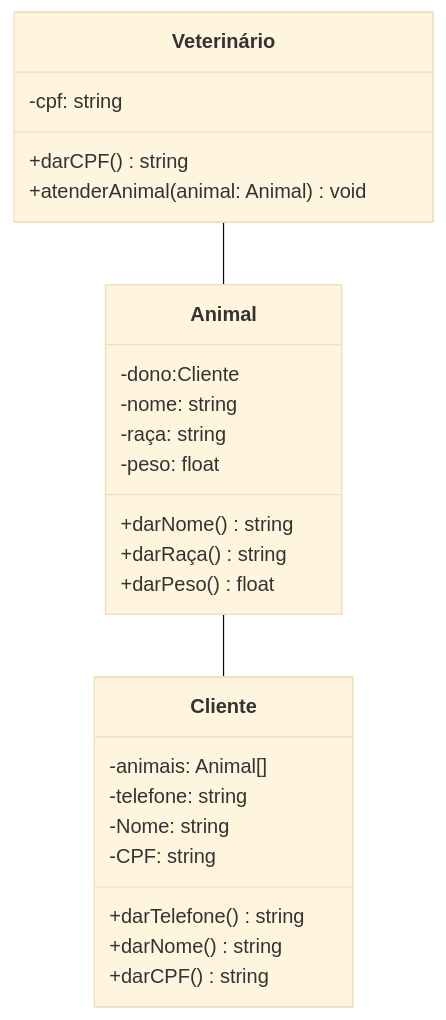
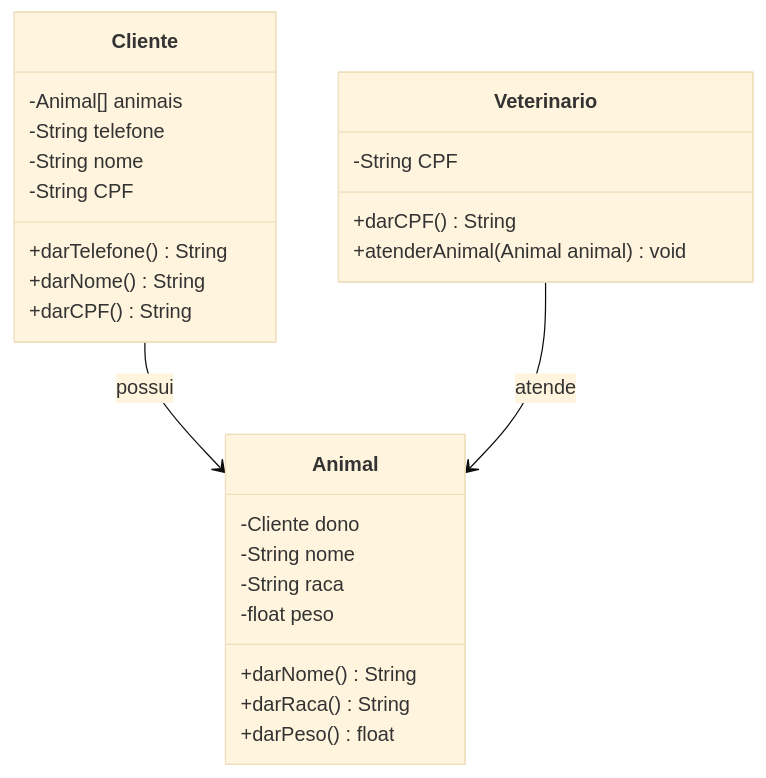
Before and after one commit to wolfigorwolf/clinica_veterinaria: the third of 3 diagrams in README.md, drawn with Mermaid (base theme).

````diff
--- a/README.md
+++ b/README.md
@@ -72,40 +72,32 @@
 ```mermaid
 classDiagram
-    class Veterinário{
-        %% atributos: caracterisiticas que serão
-        %% armazenados no sistema
-        -cpf: string
-        %% métodos: ações que serão desempenhadas
-        %% por essa entidade no sistema
-        +darCPF() string
-        +atenderAnimal(animal: Animal) void
+    class Veterinario {
+        -String CPF
+        +darCPF() String
+        +atenderAnimal(Animal animal) void
     }
 
-    Veterinário -- Animal
-    Animal -- Cliente
-    
-    class Animal{
-        -dono:Cliente
-        -nome: string
-        -raça: string
-        -peso: float
-
-        +darNome() string
-        +darRaça() string
+    class Animal {
+        -Cliente dono
+        -String nome
+        -String raca
+        -float peso
+        +darNome() String
+        +darRaca() String
         +darPeso() float
-
     }
 
-    class Cliente{
-        -animais: Animal[]
-        -telefone: string
-        -Nome: string
-        -CPF: string
+    class Cliente {
+        -Animal[] animais
+        -String telefone
+        -String nome
+        -String CPF
+        +darTelefone() String
+        +darNome() String
+        +darCPF() String
+    }
 
-        +darTelefone() string
-        +darNome() string
-        +darCPF()string
+    Cliente -->  Animal : possui
+    Veterinario -->  Animal : atende
 
-
-    }
 ```
````
